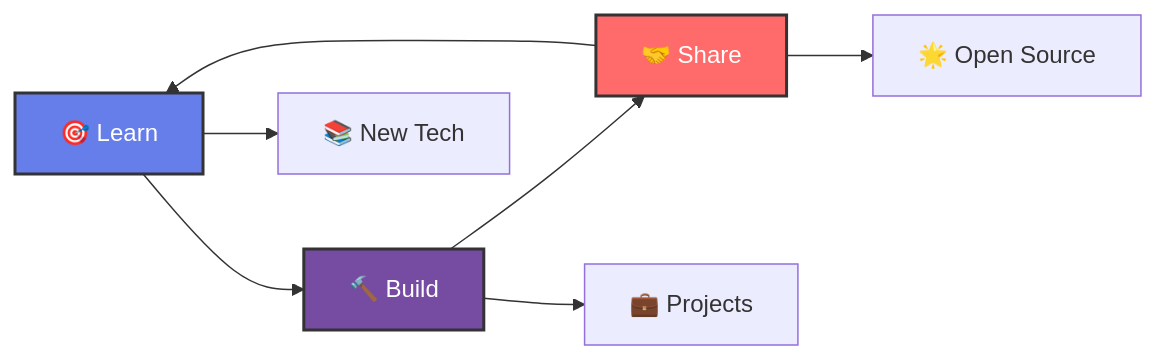
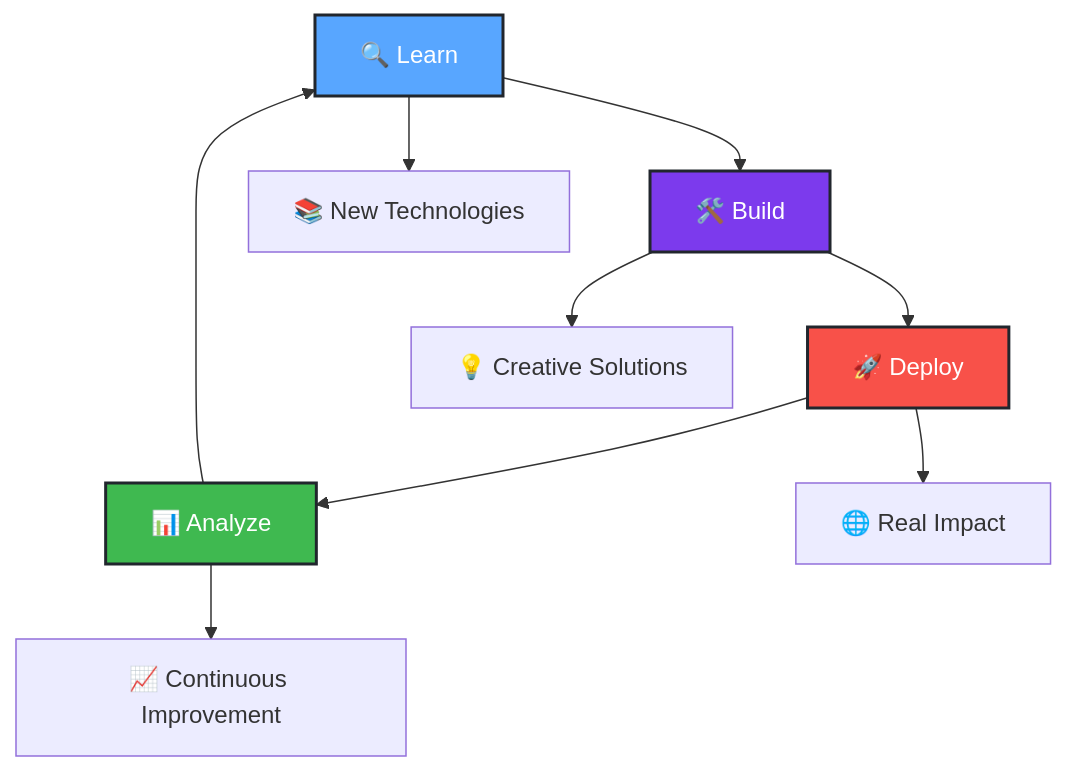
The diagram in README.md (bimoraa/bimoraa), drawn with Mermaid before and after one commit. The commit also changed other lines of this file, not shown here.

````diff
--- a/README.md
+++ b/README.md
@@ -132,14 +111,17 @@
 ```mermaid
-graph LR
-    A[🎯 Learn] --> B[🔨 Build]
-    B --> C[🤝 Share]
-    C --> A
+graph TD
+    A[🔍 Learn] --> B[🛠️ Build]
+    B --> C[🚀 Deploy]
+    C --> D[📊 Analyze]
+    D --> A
     
-    A --> D[📚 New Tech]
-    B --> E[💼 Projects]
-    C --> F[🌟 Open Source]
+    A --> E[📚 New Technologies]
+    B --> F[💡 Creative Solutions] 
+    C --> G[🌐 Real Impact]
+    D --> H[📈 Continuous Improvement]
     
-    style A fill:#667eea,stroke:#333,stroke-width:2px,color:#fff
-    style B fill:#764ba2,stroke:#333,stroke-width:2px,color:#fff
-    style C fill:#ff6b6b,stroke:#333,stroke-width:2px,color:#fff
+    style A fill:#58A6FF,stroke:#21262D,stroke-width:2px,color:#fff
+    style B fill:#7C3AED,stroke:#21262D,stroke-width:2px,color:#fff
+    style C fill:#F85149,stroke:#21262D,stroke-width:2px,color:#fff
+    style D fill:#3FB950,stroke:#21262D,stroke-width:2px,color:#fff
 ```
````
